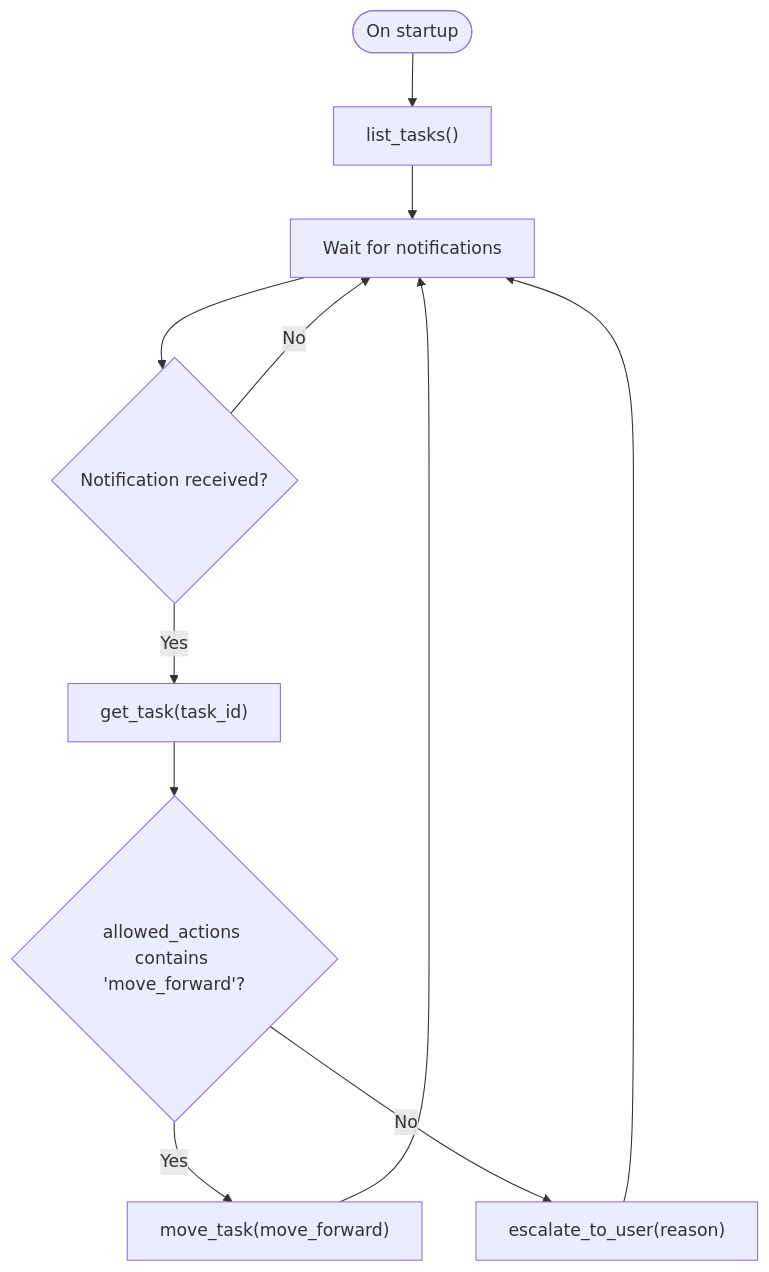
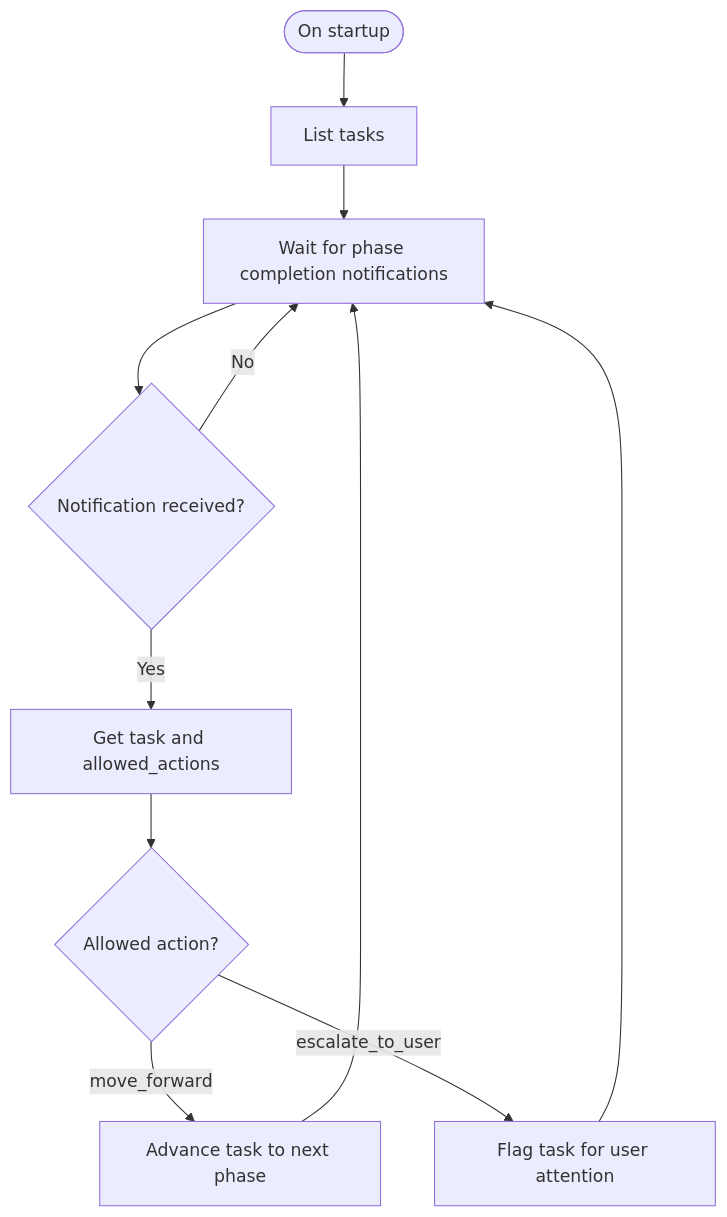
Before and after one commit to bramburn/agtx: the third of 9 diagrams in .qoder/repowiki/en/content/Advanced Features/Advanced Features.md, drawn with Mermaid. The commit also changed other lines of this file and 140 other files, not shown here.

````diff
--- a/.qoder/repowiki/en/content/Advanced Features/Advanced Features.md
+++ b/.qoder/repowiki/en/content/Advanced Features/Advanced Features.md
@@ -146,13 +145,13 @@
 ```mermaid
 flowchart TD
-Start(["On startup"]) --> List["list_tasks()"]
-List --> Wait["Wait for notifications"]
-Wait --> Notify{"Notification received?"}
-Notify --> |No| Wait
-Notify --> |Yes| GetTask["get_task(task_id)"]
-GetTask --> Allowed{"allowed_actions contains 'move_forward'?"}
-Allowed --> |Yes| Move["move_task(move_forward)"]
-Allowed --> |No| Escalate["escalate_to_user(reason)"]
-Move --> Wait
-Escalate --> Wait
+Start(["On startup"]) --> ListTasks["List tasks"]
+ListTasks --> IdleWait["Wait for phase completion notifications"]
+IdleWait --> Notify{"Notification received?"}
+Notify --> |No| IdleWait
+Notify --> |Yes| GetTask["Get task and allowed_actions"]
+GetTask --> Action{"Allowed action?"}
+Action --> |move_forward| Advance["Advance task to next phase"]
+Action --> |escalate_to_user| Escalate["Flag task for user attention"]
+Advance --> IdleWait
+Escalate --> IdleWait
 ```
````
